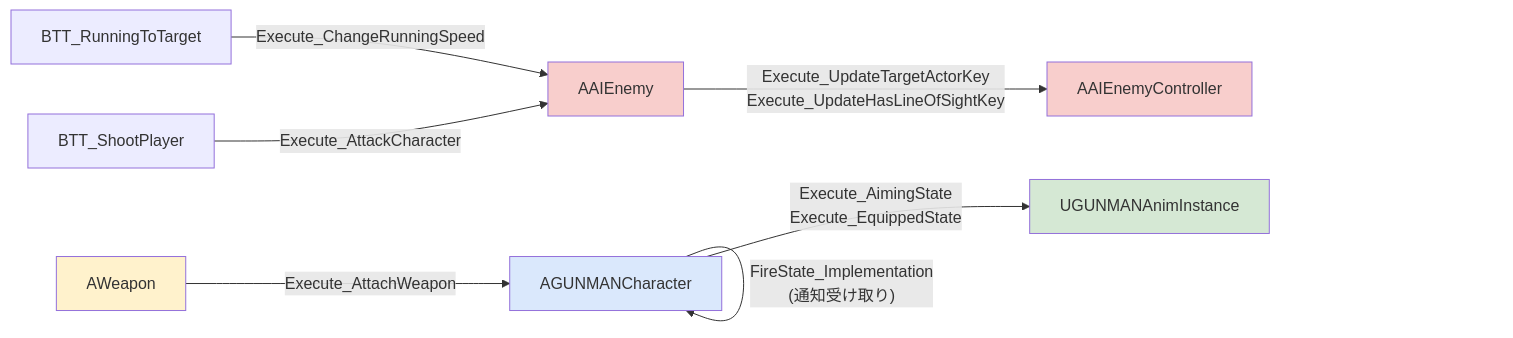
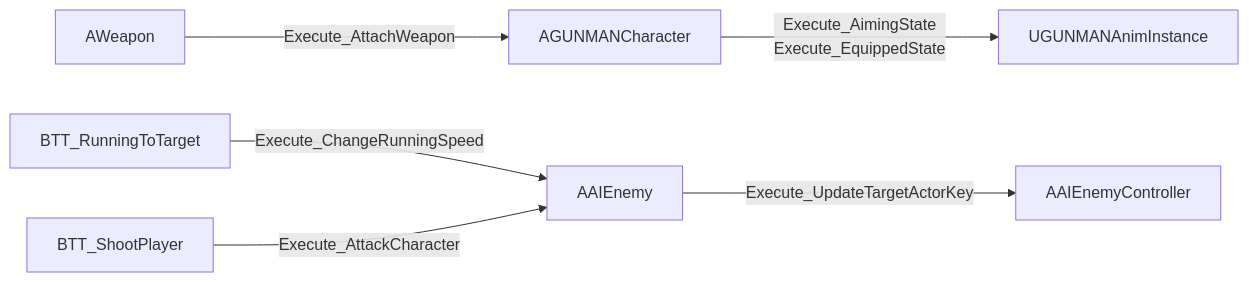
The fourth of 9 diagrams in Documentation/AppealPoint.md (yu03040/GUNMAN), drawn with Mermaid before and after one commit. The commit also changed other lines of this file and 2 other files, not shown here.

````diff
--- a/Documentation/AppealPoint.md
+++ b/Documentation/AppealPoint.md
@@ -129,23 +242,8 @@
 ```mermaid
 flowchart LR
-    CHAR["AGUNMANCharacter"]
-    ANIM["UGUNMANAnimInstance"]
-    WPN["AWeapon"]
-    ENEMY["AAIEnemy"]
-    CTRL["AAIEnemyController"]
-    BT_RUN["BTT_RunningToTarget"]
-    BT_SHOOT["BTT_ShootPlayer"]
-
-    CHAR -->|"Execute_AimingState\nExecute_EquippedState"| ANIM
-    CHAR -->|"FireState_Implementation\n(通知受け取り)"| CHAR
-    WPN -->|"Execute_AttachWeapon"| CHAR
-    BT_RUN -->|"Execute_ChangeRunningSpeed"| ENEMY
-    BT_SHOOT -->|"Execute_AttackCharacter"| ENEMY
-    ENEMY -->|"Execute_UpdateTargetActorKey\nExecute_UpdateHasLineOfSightKey"| CTRL
-
-    style CHAR fill:#dae8fc
-    style ANIM fill:#d5e8d4
-    style WPN fill:#fff2cc
-    style ENEMY fill:#f8cecc
-    style CTRL fill:#f8cecc
+    CHAR["AGUNMANCharacter"] -->|"Execute_AimingState<br>Execute_EquippedState"| ANIM["UGUNMANAnimInstance"]
+    WPN["AWeapon"] -->|"Execute_AttachWeapon"| CHAR
+    BT_RUN["BTT_RunningToTarget"] -->|"Execute_ChangeRunningSpeed"| ENEMY["AAIEnemy"]
+    BT_SHOOT["BTT_ShootPlayer"] -->|"Execute_AttackCharacter"| ENEMY
+    ENEMY -->|"Execute_UpdateTargetActorKey"| CTRL["AAIEnemyController"]
 ```
````
